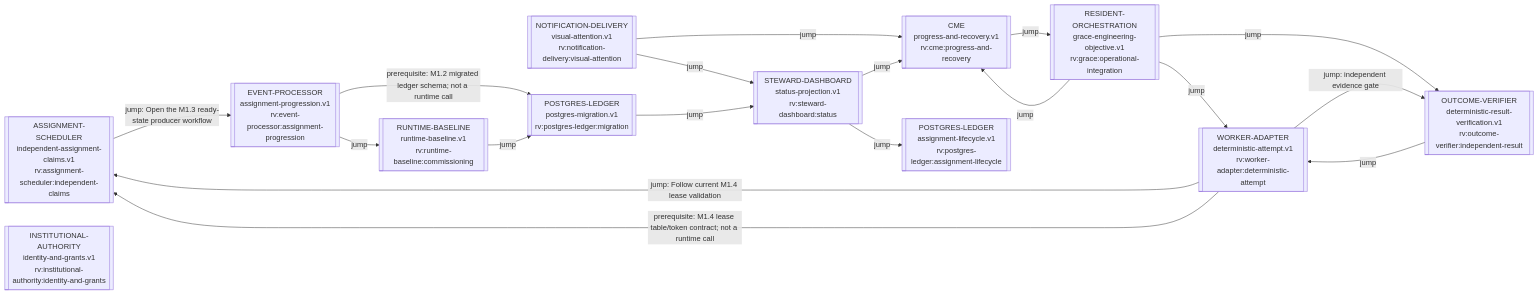
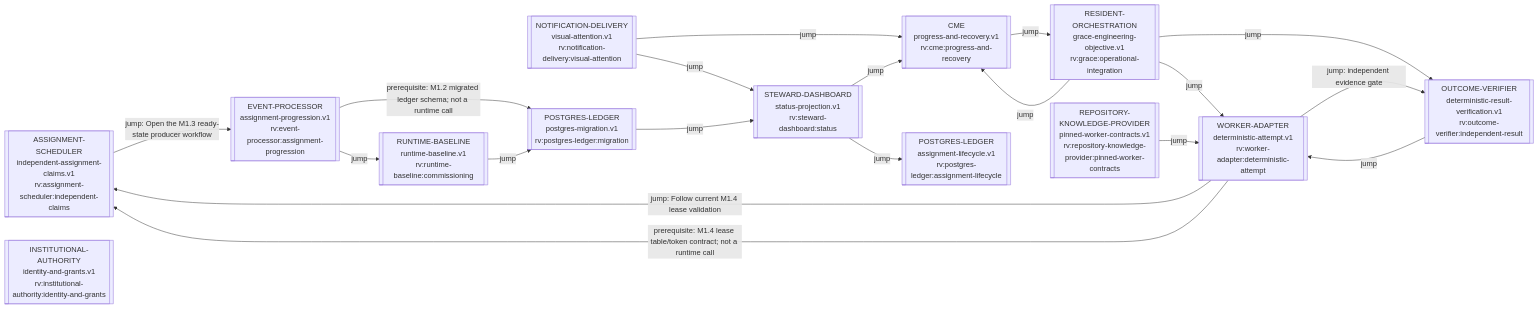
One commit to ppow1/Riverview- changed the diagram in process_graphs/generated/RIVERVIEW_PROCESS_GRAPH.md. Above: the diagram before and after it, drawn with Mermaid. The commit also changed other lines of this file and 25 other files, not shown here.

Commit message:
feat(m3.3): add pinned repository knowledge provider

````diff
--- a/process_graphs/generated/RIVERVIEW_PROCESS_GRAPH.md
+++ b/process_graphs/generated/RIVERVIEW_PROCESS_GRAPH.md
@@ -9,32 +9,34 @@
 ```mermaid
 flowchart LR
   g_rv_assignment_scheduler_independent_claims_88bd80c4[["ASSIGNMENT-SCHEDULER<br/>independent-assignment-claims.v1<br/>rv:assignment-scheduler:independent-claims"]]
   g_rv_cme_progress_and_recovery_402efffa[["CME<br/>progress-and-recovery.v1<br/>rv:cme:progress-and-recovery"]]
   g_rv_event_processor_assignment_progression_fa10db2d[["EVENT-PROCESSOR<br/>assignment-progression.v1<br/>rv:event-processor:assignment-progression"]]
   g_rv_grace_operational_integration_9989f0be[["RESIDENT-ORCHESTRATION<br/>grace-engineering-objective.v1<br/>rv:grace:operational-integration"]]
   g_rv_institutional_authority_identity_and_grants_05fdf0c5[["INSTITUTIONAL-AUTHORITY<br/>identity-and-grants.v1<br/>rv:institutional-authority:identity-and-grants"]]
+  g_rv_repository_knowledge_provider_pinned_worker_contracts_0269c370[["REPOSITORY-KNOWLEDGE-PROVIDER<br/>pinned-worker-contracts.v1<br/>rv:repository-knowledge-provider:pinned-worker-contracts"]]
   g_rv_notification_delivery_visual_attention_3f4f84d2[["NOTIFICATION-DELIVERY<br/>visual-attention.v1<br/>rv:notification-delivery:visual-attention"]]
   g_rv_outcome_verifier_independent_result_1d5c0875[["OUTCOME-VERIFIER<br/>deterministic-result-verification.v1<br/>rv:outcome-verifier:independent-result"]]
   g_rv_postgres_ledger_assignment_lifecycle_a9a01b67[["POSTGRES-LEDGER<br/>assignment-lifecycle.v1<br/>rv:postgres-ledger:assignment-lifecycle"]]
   g_rv_postgres_ledger_migration_4c89ef23[["POSTGRES-LEDGER<br/>postgres-migration.v1<br/>rv:postgres-ledger:migration"]]
   g_rv_runtime_baseline_commissioning_46ff1ccf[["RUNTIME-BASELINE<br/>runtime-baseline.v1<br/>rv:runtime-baseline:commissioning"]]
   g_rv_steward_dashboard_status_75f7c259[["STEWARD-DASHBOARD<br/>status-projection.v1<br/>rv:steward-dashboard:status"]]
   g_rv_worker_adapter_deterministic_attempt_15d59b6f[["WORKER-ADAPTER<br/>deterministic-attempt.v1<br/>rv:worker-adapter:deterministic-attempt"]]
   g_rv_assignment_scheduler_independent_claims_88bd80c4 -->|jump: Open the M1.3 ready-state producer workflow| g_rv_event_processor_assignment_progression_fa10db2d
   g_rv_cme_progress_and_recovery_402efffa -->|jump| g_rv_grace_operational_integration_9989f0be
   g_rv_event_processor_assignment_progression_fa10db2d -->|prerequisite: M1.2 migrated ledger schema; not a runtime call| g_rv_postgres_ledger_migration_4c89ef23
   g_rv_event_processor_assignment_progression_fa10db2d -->|jump| g_rv_runtime_baseline_commissioning_46ff1ccf
   g_rv_grace_operational_integration_9989f0be -->|jump| g_rv_worker_adapter_deterministic_attempt_15d59b6f
   g_rv_grace_operational_integration_9989f0be -->|jump| g_rv_cme_progress_and_recovery_402efffa
   g_rv_grace_operational_integration_9989f0be -->|jump| g_rv_outcome_verifier_independent_result_1d5c0875
+  g_rv_repository_knowledge_provider_pinned_worker_contracts_0269c370 -->|jump| g_rv_worker_adapter_deterministic_attempt_15d59b6f
   g_rv_notification_delivery_visual_attention_3f4f84d2 -->|jump| g_rv_cme_progress_and_recovery_402efffa
   g_rv_notification_delivery_visual_attention_3f4f84d2 -->|jump| g_rv_steward_dashboard_status_75f7c259
   g_rv_outcome_verifier_independent_result_1d5c0875 -->|jump| g_rv_worker_adapter_deterministic_attempt_15d59b6f
   g_rv_postgres_ledger_migration_4c89ef23 -->|jump| g_rv_steward_dashboard_status_75f7c259
   g_rv_runtime_baseline_commissioning_46ff1ccf -->|jump| g_rv_postgres_ledger_migration_4c89ef23
   g_rv_steward_dashboard_status_75f7c259 -->|jump| g_rv_postgres_ledger_assignment_lifecycle_a9a01b67
   g_rv_steward_dashboard_status_75f7c259 -->|jump| g_rv_cme_progress_and_recovery_402efffa
   g_rv_worker_adapter_deterministic_attempt_15d59b6f -->|jump: Follow current M1.4 lease validation| g_rv_assignment_scheduler_independent_claims_88bd80c4
   g_rv_worker_adapter_deterministic_attempt_15d59b6f -->|prerequisite: M1.4 lease table/token contract; not a runtime call| g_rv_assignment_scheduler_independent_claims_88bd80c4
   g_rv_worker_adapter_deterministic_attempt_15d59b6f -->|jump: independent evidence gate| g_rv_outcome_verifier_independent_result_1d5c0875
 ```
````
